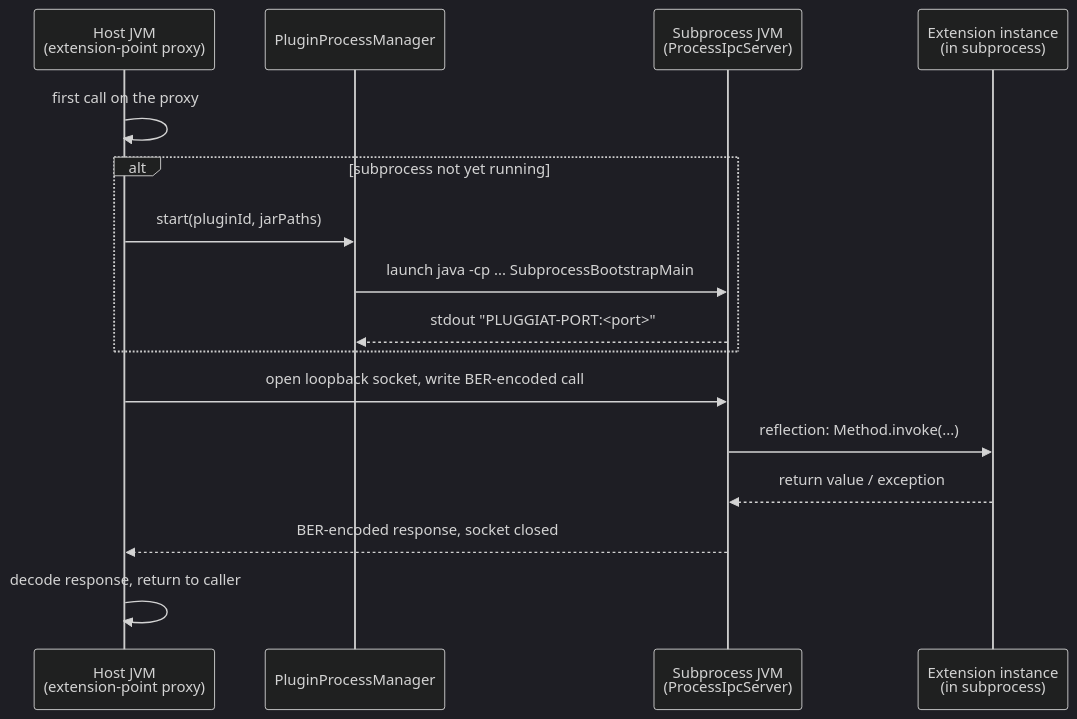
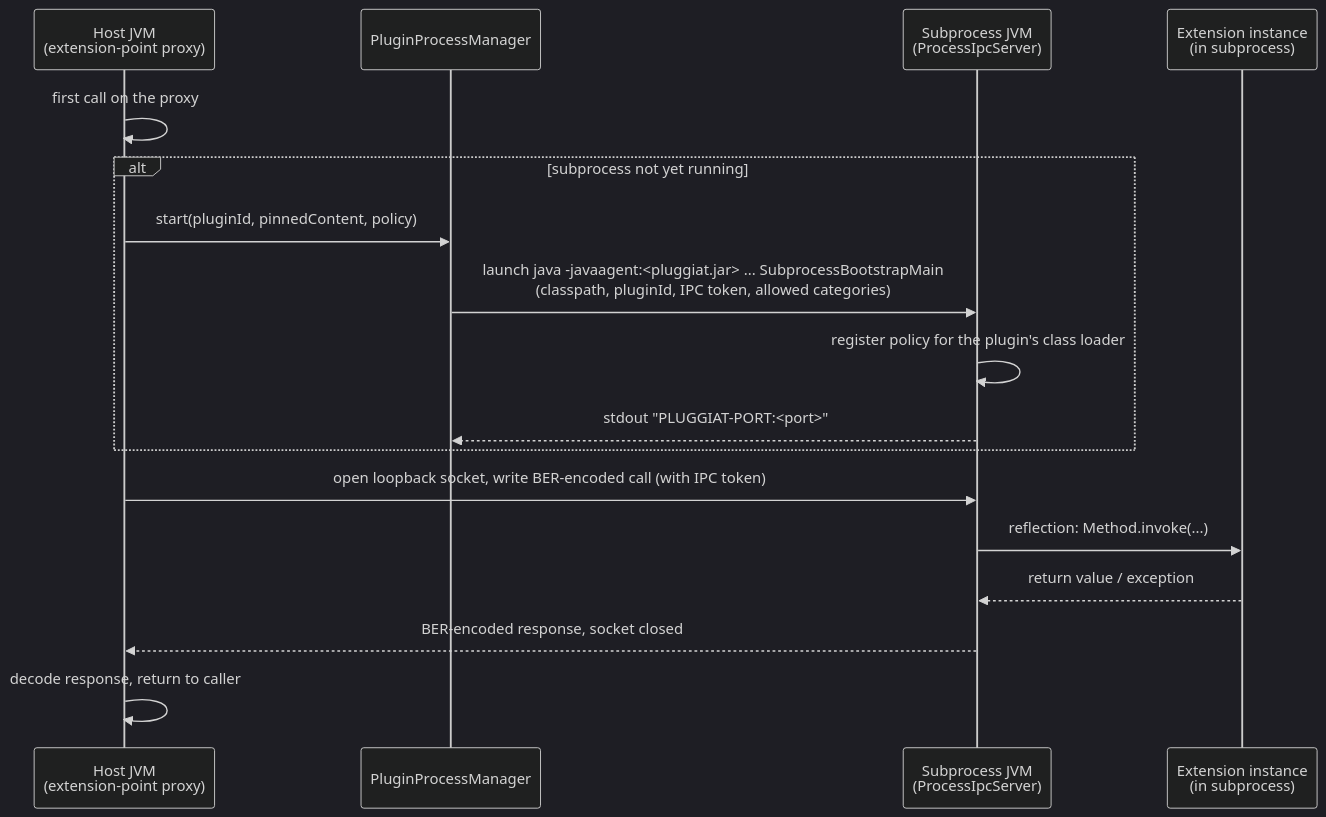
Before and after one commit to KleinerHacker/pluggiat: the second of 2 diagrams in docs/docs/host-integration/sandbox.md, drawn with Mermaid (dark theme). The commit also changed other lines of this file and 76 other files, not shown here.

````diff
--- a/docs/docs/host-integration/sandbox.md
+++ b/docs/docs/host-integration/sandbox.md
@@ -241,19 +252,20 @@
 ```mermaid
 sequenceDiagram
     participant Host as Host JVM<br/>(extension-point proxy)
     participant Mgr as PluginProcessManager
     participant Sub as Subprocess JVM<br/>(ProcessIpcServer)
     participant Ext as Extension instance<br/>(in subprocess)
 
     Host->>Host: first call on the proxy
     alt subprocess not yet running
-        Host->>Mgr: start(pluginId, jarPaths)
-        Mgr->>Sub: launch java -cp ... SubprocessBootstrapMain
+        Host->>Mgr: start(pluginId, pinnedContent, policy)
+        Mgr->>Sub: launch java -javaagent:<pluggiat.jar> ... SubprocessBootstrapMain<br/>(classpath, pluginId, IPC token, allowed categories)
+        Sub->>Sub: register policy for the plugin's class loader
         Sub-->>Mgr: stdout "PLUGGIAT-PORT:<port>"
     end
-    Host->>Sub: open loopback socket, write BER-encoded call
+    Host->>Sub: open loopback socket, write BER-encoded call (with IPC token)
     Sub->>Ext: reflection: Method.invoke(...)
     Ext-->>Sub: return value / exception
     Sub-->>Host: BER-encoded response, socket closed
     Host->>Host: decode response, return to caller
 ```
````
